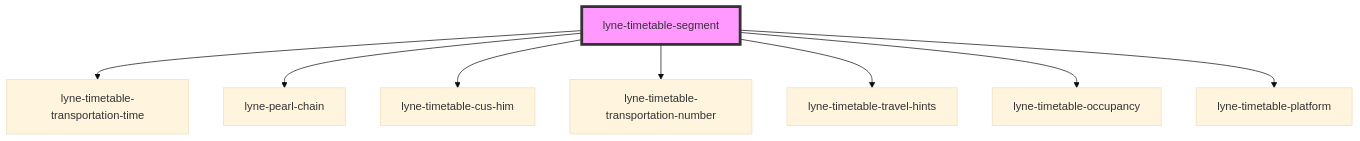
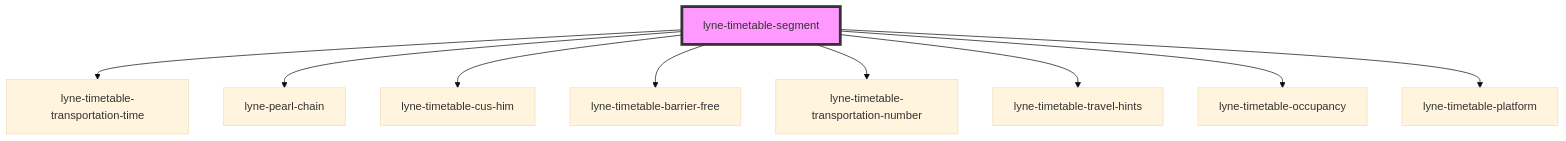
Before and after one commit to schlpbch/lyne-components: the diagram in src/components/lyne-timetable-segment/readme.md, drawn with Mermaid (base theme). The commit also changed other lines of this file and 5 other files, not shown here.

Commit message:
feat: working on barrier free info integration in timetable segment

````diff
--- a/src/components/lyne-timetable-segment/readme.md
+++ b/src/components/lyne-timetable-segment/readme.md
@@ -28,11 +29,12 @@
 ```mermaid
 graph TD;
   lyne-timetable-segment --> lyne-timetable-transportation-time
   lyne-timetable-segment --> lyne-pearl-chain
   lyne-timetable-segment --> lyne-timetable-cus-him
+  lyne-timetable-segment --> lyne-timetable-barrier-free
   lyne-timetable-segment --> lyne-timetable-transportation-number
   lyne-timetable-segment --> lyne-timetable-travel-hints
   lyne-timetable-segment --> lyne-timetable-occupancy
   lyne-timetable-segment --> lyne-timetable-platform
   style lyne-timetable-segment fill:#f9f,stroke:#333,stroke-width:4px
 ```
````
